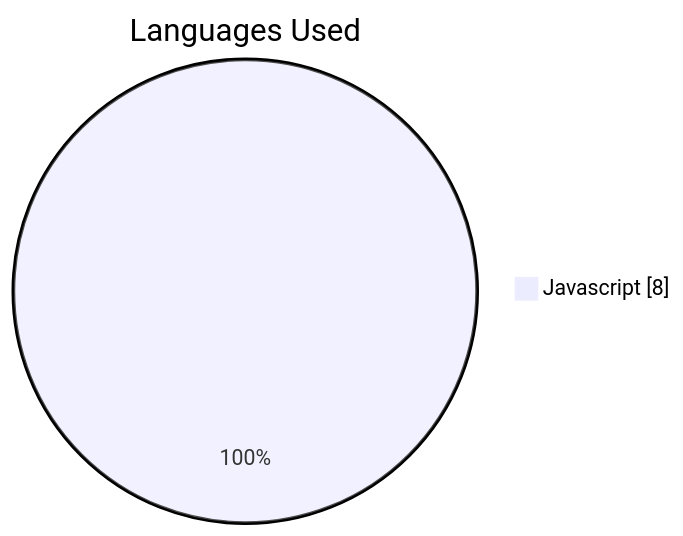
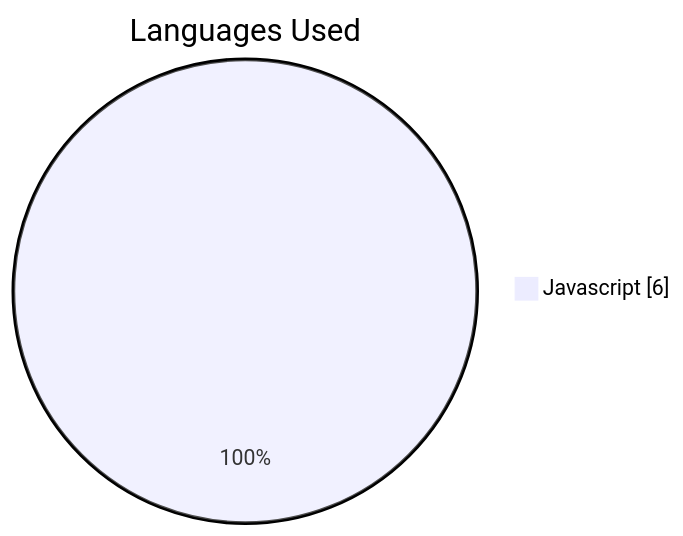
Before and after one commit to JakubPawinski/gitcode-solutions: the second of 6 diagrams in README.md, drawn with Mermaid. The commit also changed other lines of this file, not shown here.

````diff
--- a/README.md
+++ b/README.md
@@ -122,5 +124,5 @@
 ```mermaid
 pie showData
     title Languages Used
-    "Javascript" : 8
+    "Javascript" : 6
 ```
````
